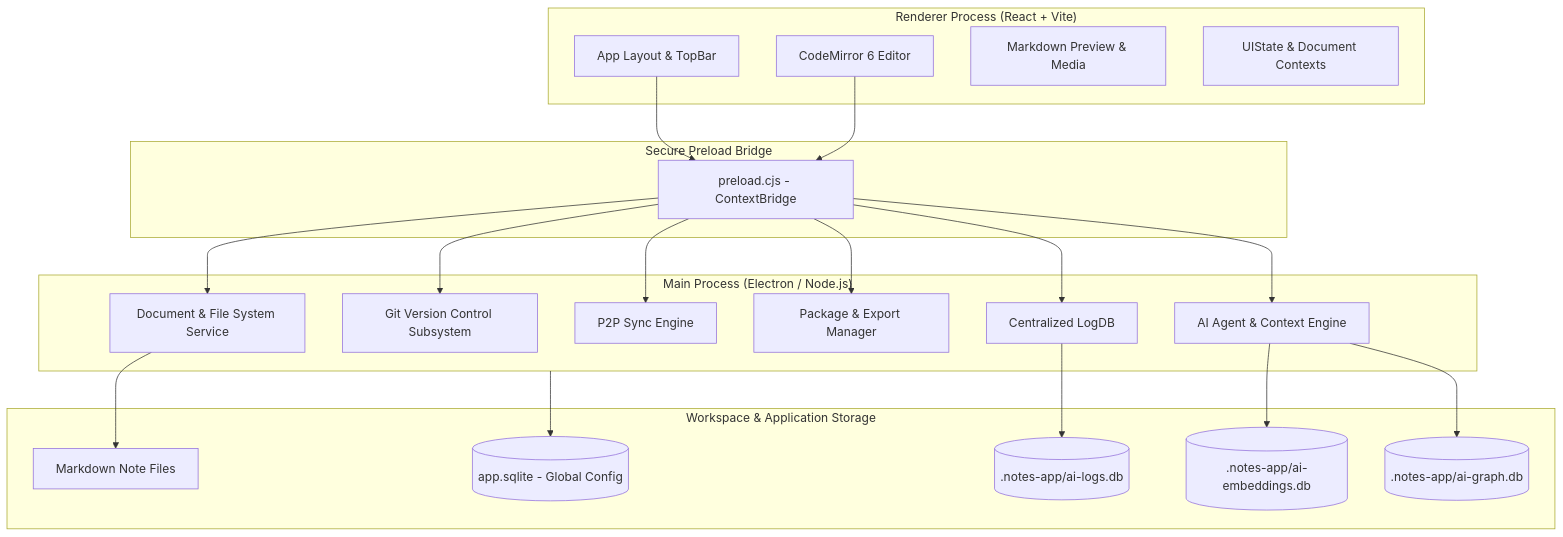
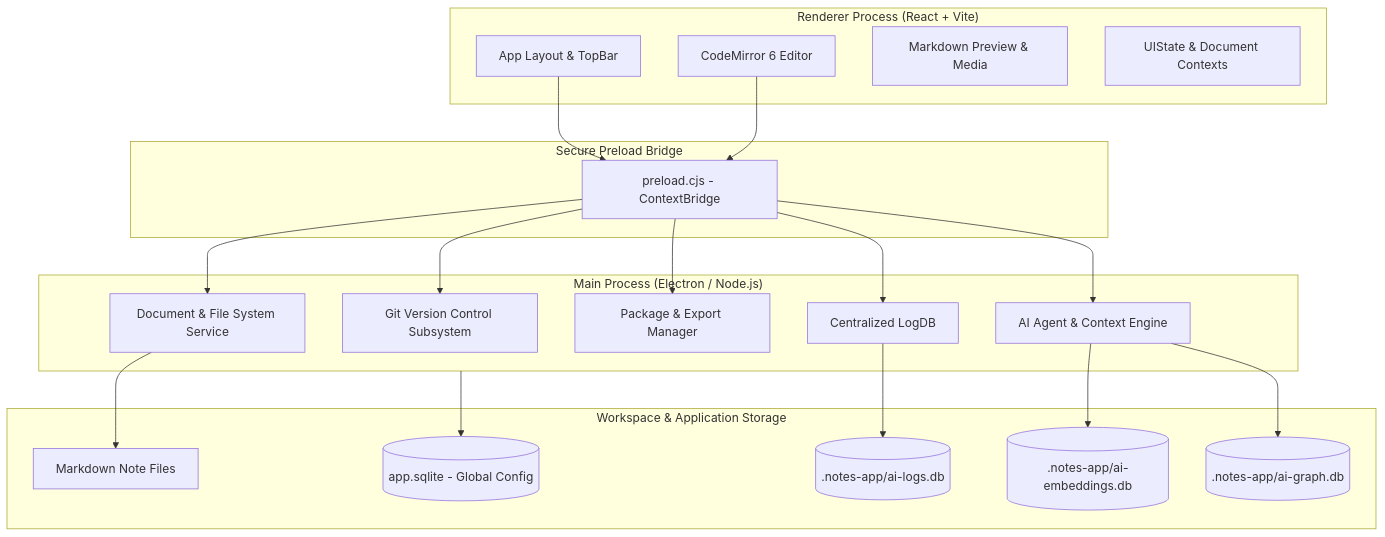
Before and after one commit to TheNotelyApp/Notely: the first of 3 diagrams in docs/architecture.md, drawn with Mermaid. The commit also changed other lines of this file and 52 other files, not shown here.

````diff
--- a/docs/architecture.md
+++ b/docs/architecture.md
@@ -18,45 +18,43 @@
 ```mermaid
 graph TD
     subgraph Renderer ["Renderer Process (React + Vite)"]
         UI[App Layout & TopBar]
         CM[CodeMirror 6 Editor]
         Prev[Markdown Preview & Media]
         Ctx[UIState & Document Contexts]
     end
 
     subgraph Bridge ["Secure Preload Bridge"]
         IPC[preload.cjs - ContextBridge]
     end
 
     subgraph Main ["Main Process (Electron / Node.js)"]
         FS[Document & File System Service]
         Git[Git Version Control Subsystem]
-        Sync[P2P Sync Engine]
         Exp[Package & Export Manager]
         AI[AI Agent & Context Engine]
         Logs[Centralized LogDB]
     end
 
     subgraph Storage ["Workspace & Application Storage"]
         Files[Markdown Note Files]
         AppDb[(app.sqlite - Global Config)]
         LogsDb[(.notes-app/ai-logs.db)]
         VecDb[(.notes-app/ai-embeddings.db)]
         GraphDb[(.notes-app/ai-graph.db)]
     end
 
     UI --> IPC
     CM --> IPC
     IPC --> FS
     IPC --> Git
-    IPC --> Sync
     IPC --> Exp
     IPC --> AI
     IPC --> Logs
 
     FS --> Files
     Main --> AppDb
     Logs --> LogsDb
     AI --> VecDb
     AI --> GraphDb
 ```
````
